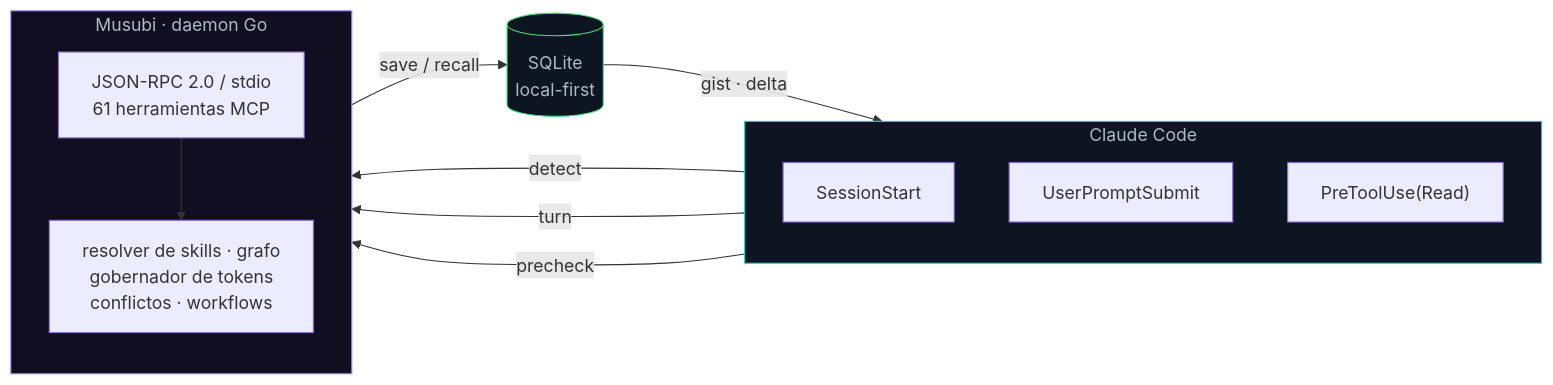
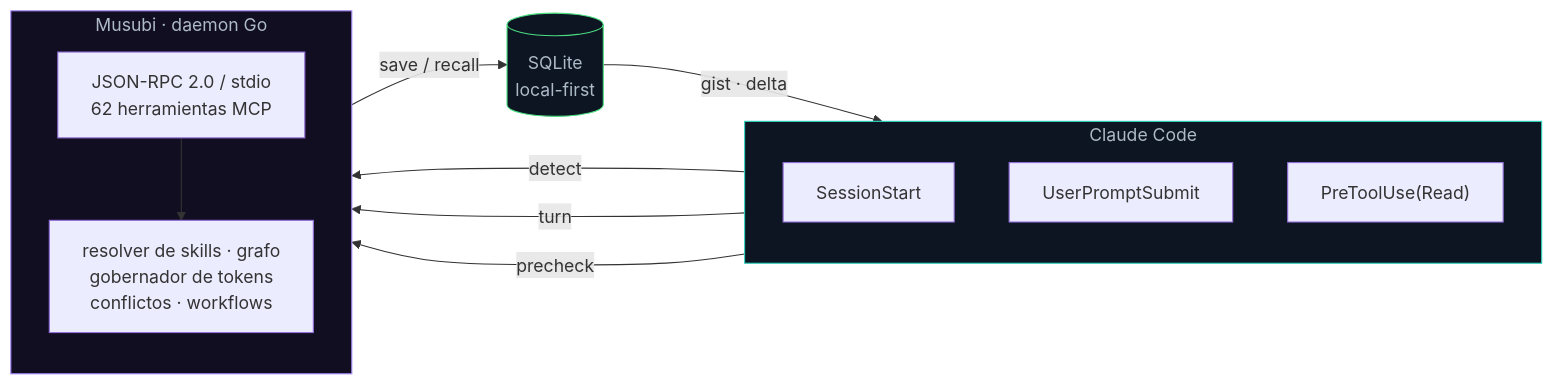
Before and after one commit to codeabraham16/musubi: the first of 3 diagrams in README.md, drawn with Mermaid. The commit also changed other lines of this file and 14 other files, not shown here.

````diff
--- a/README.md
+++ b/README.md
@@ -68,27 +68,27 @@
 ```mermaid
 flowchart LR
     subgraph CC["Claude Code"]
         direction TB
         H1["SessionStart"]
         H2["UserPromptSubmit"]
         H3["PreToolUse(Read)"]
     end
     subgraph M["Musubi · daemon Go"]
         direction TB
-        RPC["JSON-RPC 2.0 / stdio<br/>61 herramientas MCP"]
+        RPC["JSON-RPC 2.0 / stdio<br/>62 herramientas MCP"]
         COG["resolver de skills · grafo<br/>gobernador de tokens<br/>conflictos · workflows"]
     end
     DB[("SQLite<br/>local-first")]
 
     H1 -- "detect" --> RPC
     H2 -- "turn" --> RPC
     H3 -- "precheck" --> RPC
     RPC --> COG
     COG -- "save / recall" --> DB
     DB -- "gist · delta" --> CC
 
     classDef cc fill:#0d1422,stroke:#2dd4bf,color:#adbac7;
     classDef mm fill:#120e22,stroke:#a78bfa,color:#adbac7;
     classDef db fill:#0d1422,stroke:#4ade80,color:#adbac7;
     class CC cc; class M mm; class DB db;
 ```
````
